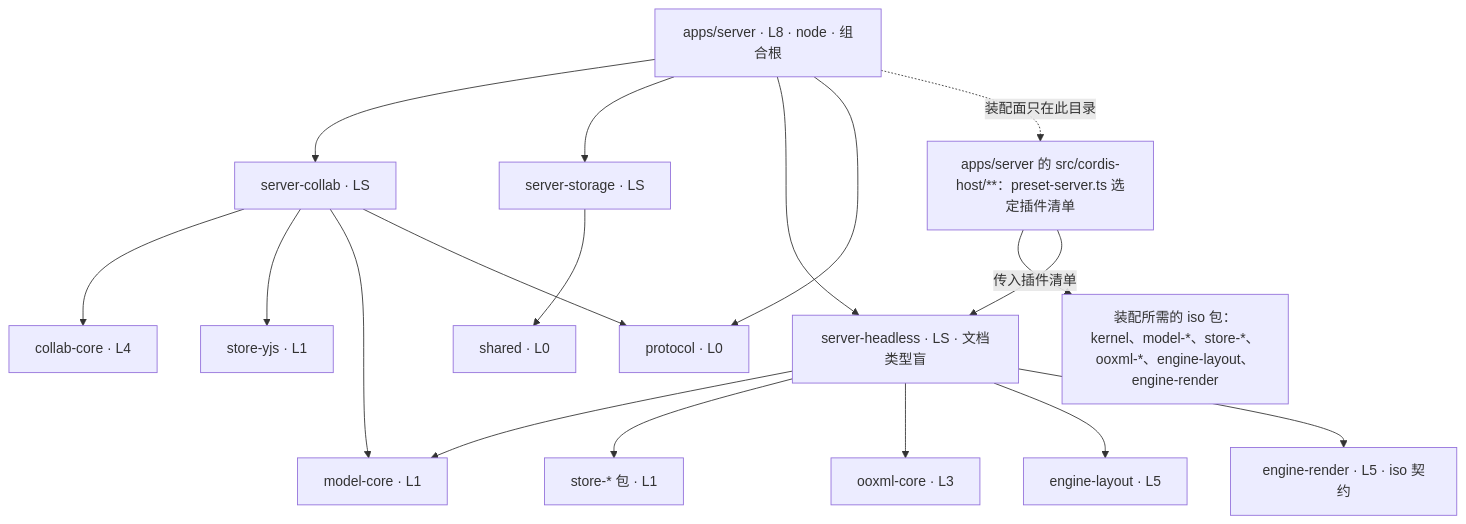
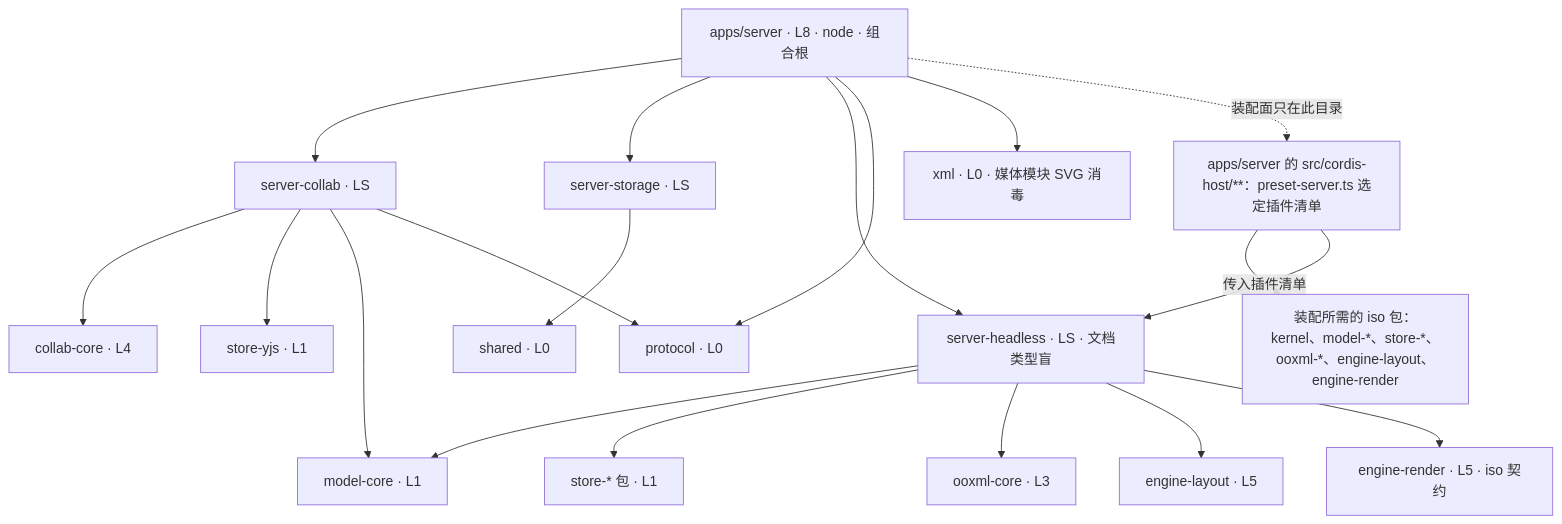
One commit to Xeonice/cordis-ppt-editor changed diagram 12 of 20 in docs/00-charter/charter.md. Above: the diagram before and after it, drawn with Mermaid. The commit also changed other lines of this file and 78 other files, not shown here.

````diff
--- a/docs/00-charter/charter.md
+++ b/docs/00-charter/charter.md
@@ -474,35 +514,37 @@
 ```mermaid
 flowchart TB
   appsserver["apps/server · L8 · node · 组合根"]
   cordishost["apps/server 的 src/cordis-host/**：preset-server.ts 选定插件清单"]
   isopkgs["装配所需的 iso 包：kernel、model-*、store-*、ooxml-*、engine-layout、engine-render"]
   servercollab["server-collab · LS"]
   serverstorage["server-storage · LS"]
   serverheadless["server-headless · LS · 文档类型盲"]
   collabcore["collab-core · L4"]
   storeyjs["store-yjs · L1"]
   stores["store-* 包 · L1"]
   modelcore["model-core · L1"]
   ooxmlcore["ooxml-core · L3"]
   enginelayout["engine-layout · L5"]
   enginerender["engine-render · L5 · iso 契约"]
   protocol["protocol · L0"]
   shared["shared · L0"]
+  xml["xml · L0 · 媒体模块 SVG 消毒"]
   appsserver --> servercollab
   appsserver --> serverstorage
   appsserver --> serverheadless
   appsserver --> protocol
+  appsserver --> xml
   appsserver -.->|"装配面只在此目录"| cordishost
   cordishost --> isopkgs
   cordishost -->|"传入插件清单"| serverheadless
   servercollab --> collabcore
   servercollab --> storeyjs
   servercollab --> modelcore
   servercollab --> protocol
   serverstorage --> shared
   serverheadless --> modelcore
   serverheadless --> stores
   serverheadless --> ooxmlcore
   serverheadless --> enginelayout
   serverheadless --> enginerender
 ```
````
